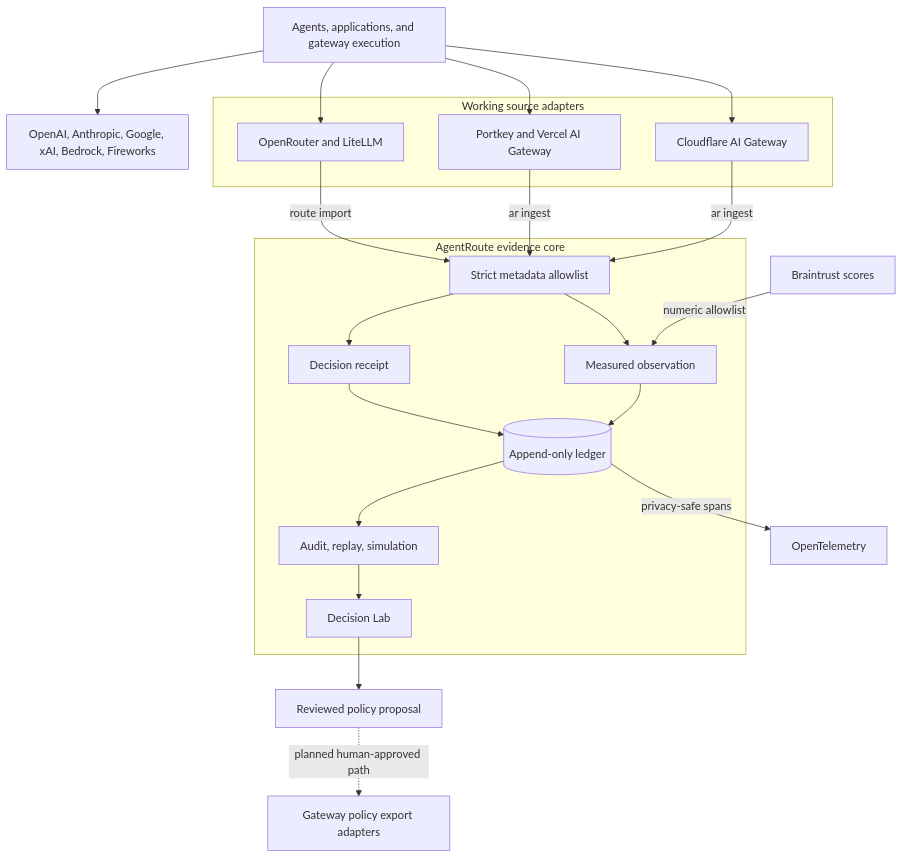
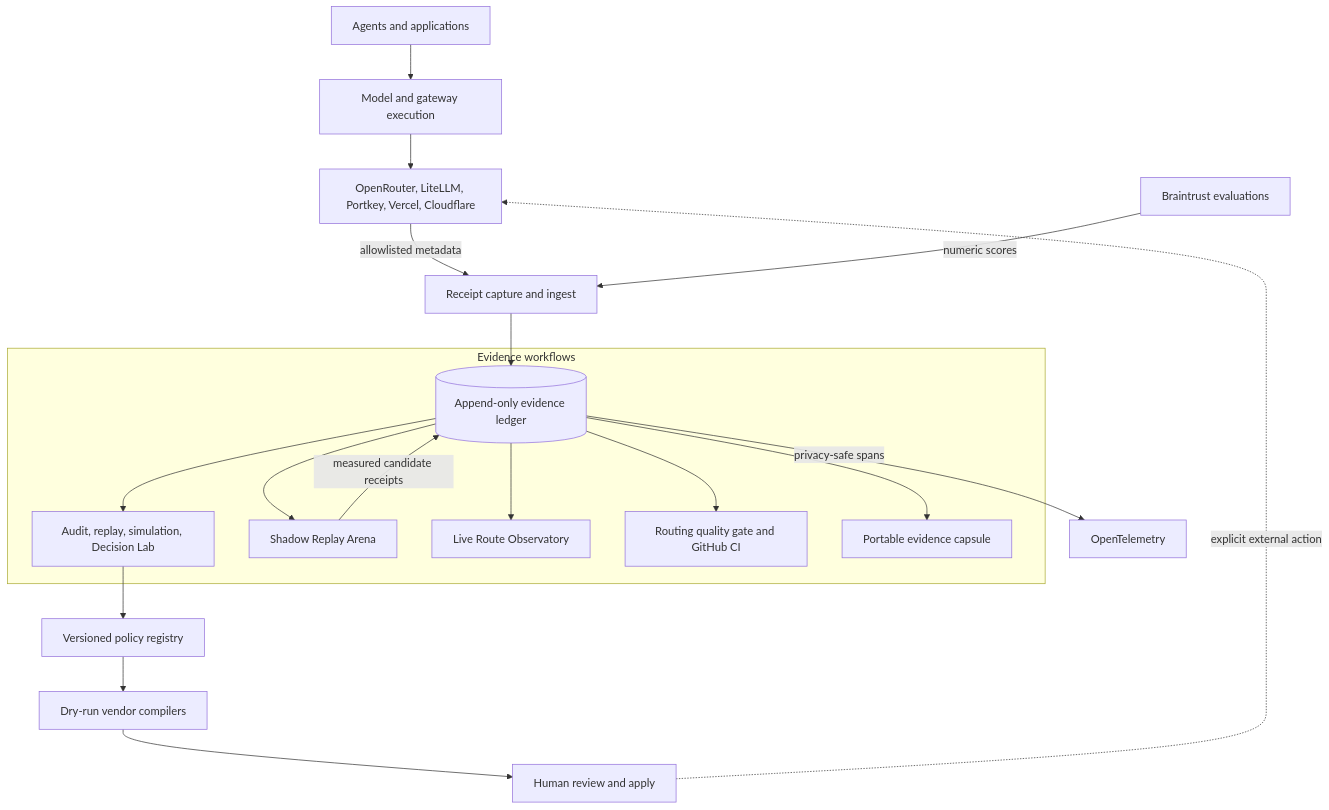
The diagram in diagrams/agentroute-integration-plane.mmd (abhid1234/AgentRoute), drawn with Mermaid before and after one commit. The commit also changed 14 other files, not shown here.

Commit message:
feat: integrate AgentRoute evidence workflows

```diff
--- a/diagrams/agentroute-integration-plane.mmd
+++ b/diagrams/agentroute-integration-plane.mmd
@@ -1,29 +1,21 @@
 flowchart TB
-  APP[Agents, applications, and gateway execution] --> PROVIDERS[OpenAI, Anthropic, Google, xAI, Bedrock, Fireworks]
+  APP[Agents and applications] --> EXEC[Model and gateway execution]
+  EXEC --> SOURCES[OpenRouter, LiteLLM, Portkey, Vercel, Cloudflare]
+  SOURCES -->|allowlisted metadata| CAPTURE[Receipt capture and ingest]
+  BRAIN[Braintrust evaluations] -->|numeric scores| CAPTURE
+  CAPTURE --> LEDGER[(Append-only evidence ledger)]
 
-  subgraph sources[Working source adapters]
-    ROUTERS[OpenRouter and LiteLLM]
-    CONTROL[Portkey and Vercel AI Gateway]
-    EDGE[Cloudflare AI Gateway]
+  subgraph evidence[Evidence workflows]
+    LEDGER --> ANALYZE[Audit, replay, simulation, Decision Lab]
+    LEDGER --> ARENA[Shadow Replay Arena]
+    ARENA -->|measured candidate receipts| LEDGER
+    LEDGER --> OBS[Live Route Observatory]
+    LEDGER --> GATE[Routing quality gate and GitHub CI]
+    LEDGER --> CAPSULE[Portable evidence capsule]
   end
 
-  APP --> ROUTERS
-  APP --> CONTROL
-  APP --> EDGE
-  ROUTERS -->|route import| ALLOW[Strict metadata allowlist]
-  CONTROL -->|ar ingest| ALLOW
-  EDGE -->|ar ingest| ALLOW
-  BRAIN[Braintrust scores] -->|numeric allowlist| OBSERVE
-
-  subgraph core[AgentRoute evidence core]
-    ALLOW --> DECISION[Decision receipt]
-    ALLOW --> OBSERVE[Measured observation]
-    DECISION --> LEDGER[(Append-only ledger)]
-    OBSERVE --> LEDGER
-    LEDGER --> ANALYZE[Audit, replay, simulation]
-    ANALYZE --> LAB[Decision Lab]
-  end
-
+  ANALYZE --> POLICY[Versioned policy registry]
+  POLICY --> COMPILE[Dry-run vendor compilers]
+  COMPILE --> REVIEW[Human review and apply]
+  REVIEW -. explicit external action .-> SOURCES
   LEDGER -->|privacy-safe spans| OTEL[OpenTelemetry]
-  LAB --> POLICY[Reviewed policy proposal]
-  POLICY -. planned human-approved path .-> EXPORT[Gateway policy export adapters]
```
